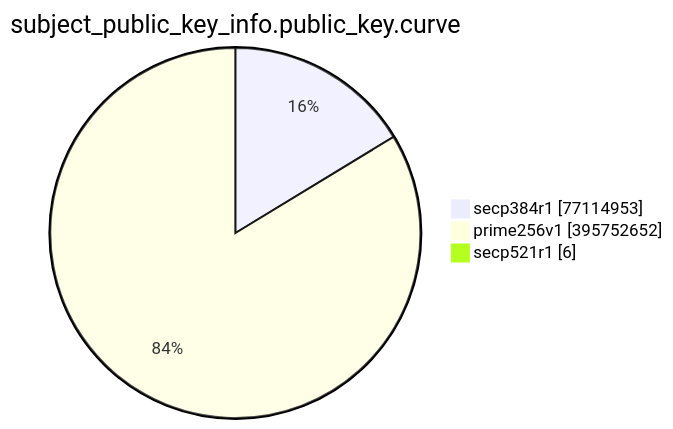
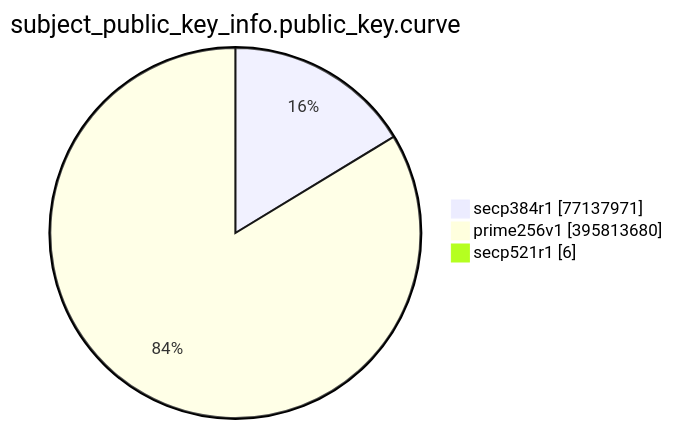
One commit to christiankrug/ctmonitor_visualization changed the eighth of 15 diagrams in TOTAL/README.md. Above: the diagram before and after it, drawn with Mermaid. The commit also changed other lines of this file, not shown here.

````diff
--- a/TOTAL/README.md
+++ b/TOTAL/README.md
@@ -3094,7 +3094,7 @@
 ```mermaid
 pie showData
 title subject_public_key_info.public_key.curve
-"secp384r1" :77114953
-"prime256v1" :395752652
+"secp384r1" :77137971
+"prime256v1" :395813680
 "secp521r1" :6
 ```
````
